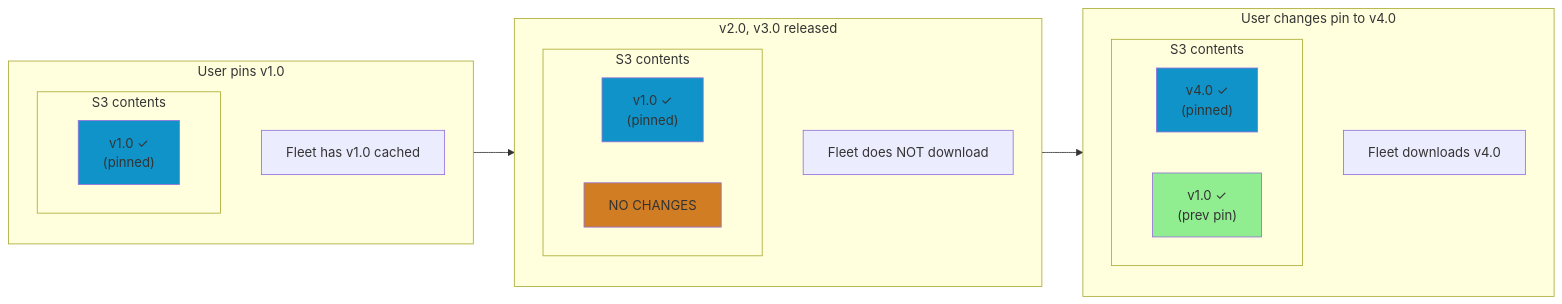
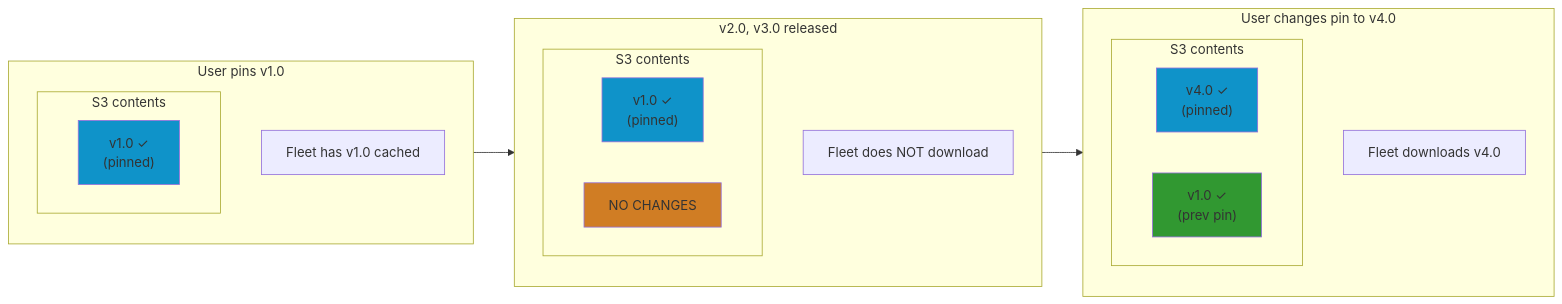
Before and after one commit to fleetdm/fleet: the second of 4 diagrams in docs/Contributing/product-groups/software/rollback-fleet-maintained-app-version.md, drawn with Mermaid. The commit also changed other lines of this file, not shown here.

````diff
--- a/docs/Contributing/product-groups/software/rollback-fleet-maintained-app-version.md
+++ b/docs/Contributing/product-groups/software/rollback-fleet-maintained-app-version.md
@@ -62,36 +62,36 @@
 ```mermaid
 flowchart LR
     subgraph T1["User pins v1.0"]
         direction TB
         S1_title["Fleet has v1.0 cached"]
         subgraph S1["S3 contents"]
             S1_v1["v1.0 ✓<br/>(pinned)"]
         end
     end
 
     subgraph T2["v2.0, v3.0 released"]
         direction TB
         S2_title["Fleet does NOT download"]
         subgraph S2["S3 contents"]
             S2_v1["v1.0 ✓<br/>(pinned)"]
             S2_note["NO CHANGES"]
         end
     end
 
     subgraph T3["User changes pin to v4.0"]
         direction TB
         S3_title["Fleet downloads v4.0"]
         subgraph S3["S3 contents"]
             S3_v4["v4.0 ✓<br/>(pinned)"]
             S3_v1["v1.0 ✓<br/>(prev pin)"]
         end
     end
 
     T1 --> T2 --> T3
 
     style S1_v1 fill:#0F93C9
     style S2_v1 fill:#0F93C9
     style S2_note fill:#D07D24
     style S3_v4 fill:#0F93C9
-    style S3_v1 fill:#90EE90
+    style S3_v1 fill:#319831
 ```
````
